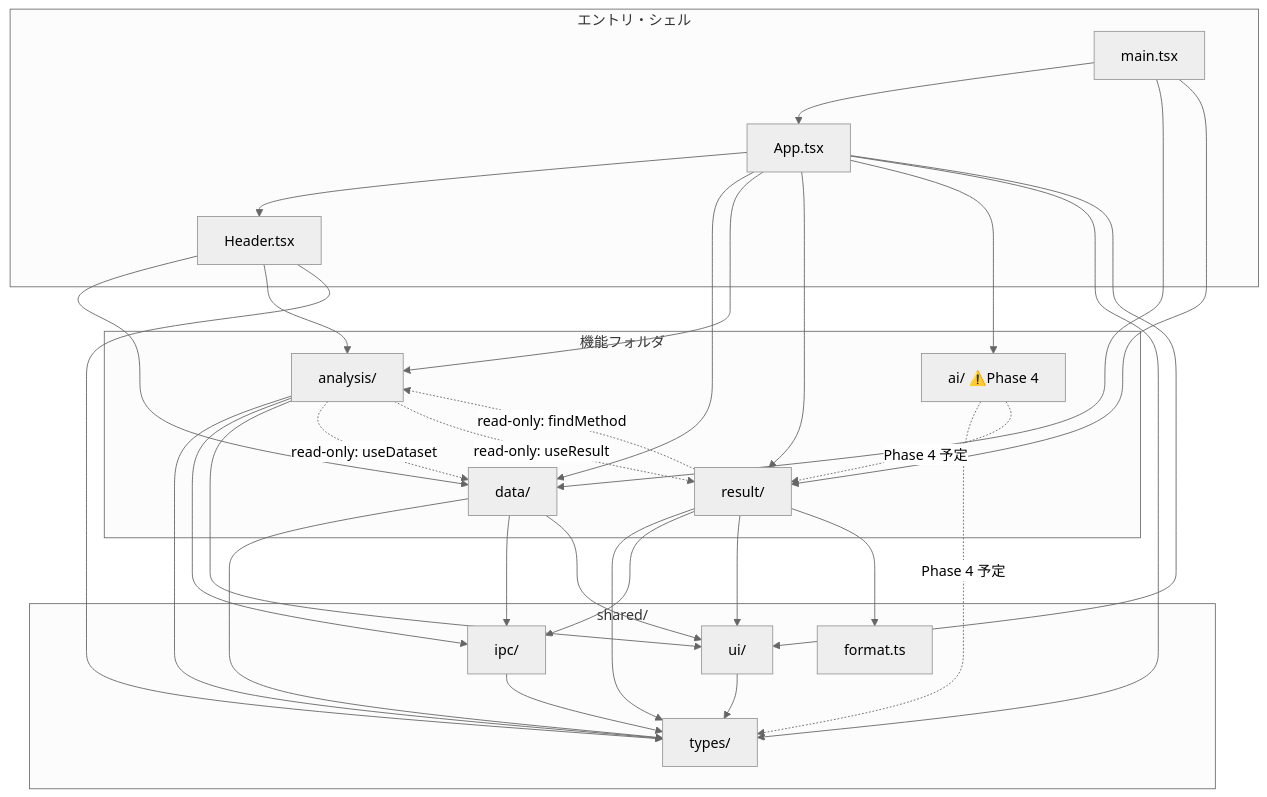
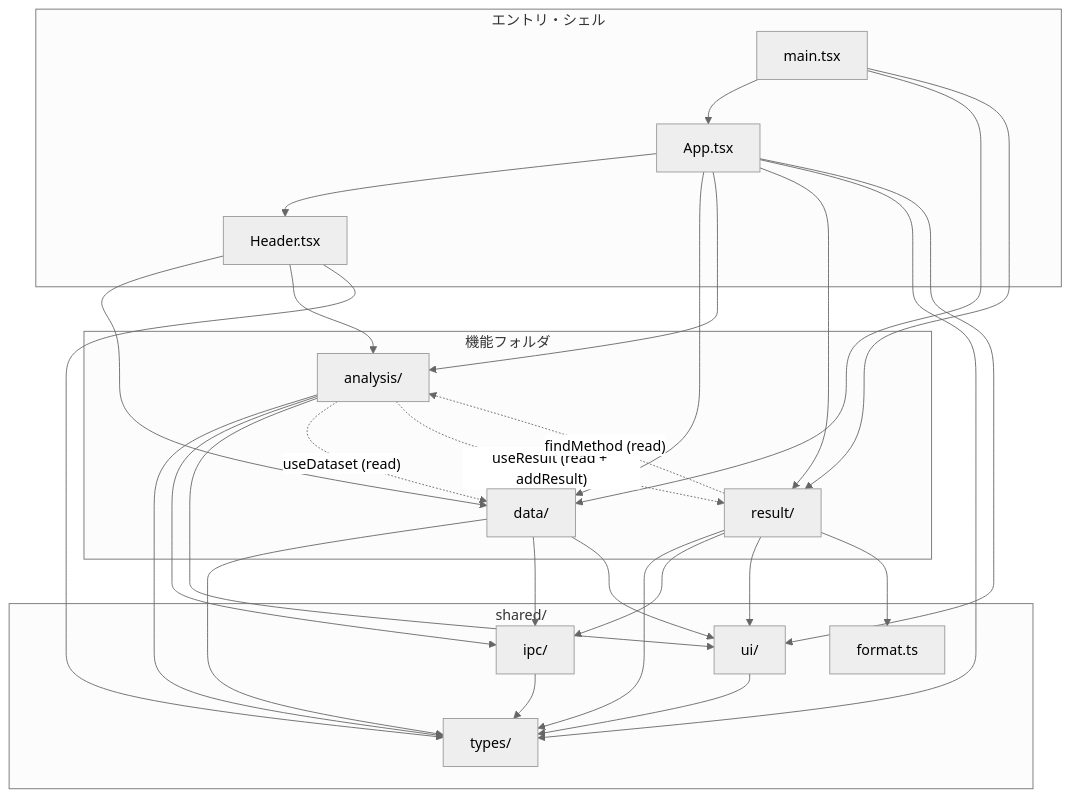
One commit to stkii/sai changed the first of 2 diagrams in docs/ARCHITECTURE.md. Above: the diagram before and after it, drawn with Mermaid (neutral theme). The commit also changed other lines of this file, not shown here.

First line of the commit message:
docs(architecture): AI 機能の削除を反映し設計書を更新

````diff
--- a/docs/ARCHITECTURE.md
+++ b/docs/ARCHITECTURE.md
@@ -137,62 +149,56 @@
 ```mermaid
 flowchart TB
   subgraph entry["エントリ・シェル"]
     M[main.tsx]
     APP[App.tsx]
     HDR[Header.tsx]
   end
 
   subgraph features["機能フォルダ"]
     D[data/]
     A[analysis/]
     R[result/]
-    AI["ai/ ⚠️Phase 4"]
   end
 
   subgraph shared["shared/"]
     T[types/]
     IPC[ipc/]
     UI[ui/]
     FMT[format.ts]
   end
 
   %% エントリ階層
   M --> APP
   M --> D
   M --> R
   APP --> HDR
   APP --> D
   APP --> A
   APP --> R
-  APP --> AI
   APP --> T
   APP --> UI
   HDR --> D
   HDR --> A
   HDR --> T
 
   %% 機能 → shared (使用サブモジュール単位)
   D --> T
   D --> IPC
   D --> UI
   A --> T
   A --> IPC
   A --> UI
   R --> T
   R --> IPC
   R --> UI
   R --> FMT
 
   %% shared 内部 (types が基盤)
   IPC --> T
   UI --> T
 
-  %% 機能間 = 読み取り専用の例外のみ
-  A -. "read-only: useDataset" .-> D
-  A -. "read-only: useResult" .-> R
-  R -. "read-only: findMethod" .-> A
-
-  %% ai/ は現状どの機能・shared も import していない (Phase 4 予定)
-  AI -. "Phase 4 予定" .-> T
-  AI -. "Phase 4 予定" .-> R
+  %% 機能間 = 公開 hook / registry 経由の例外のみ
+  A -. "useDataset (read)" .-> D
+  A -. "useResult (read + addResult)" .-> R
+  R -. "findMethod (read)" .-> A
 ```
````
